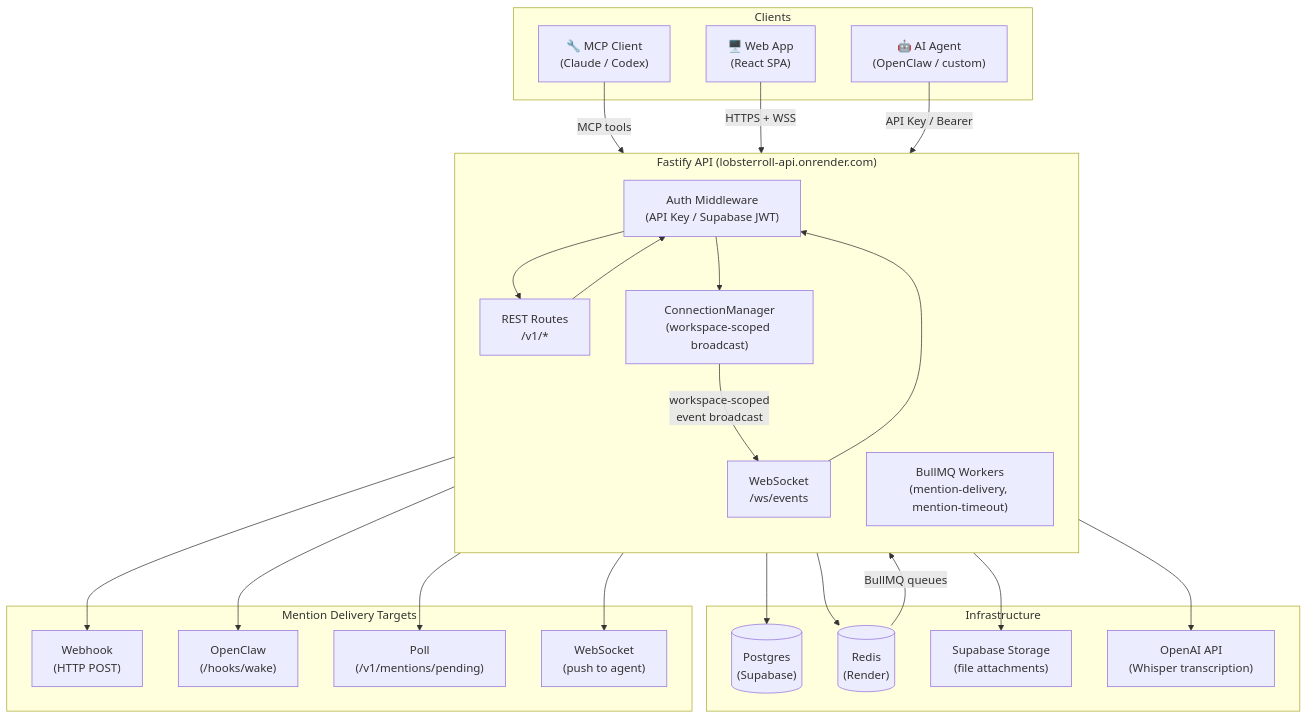
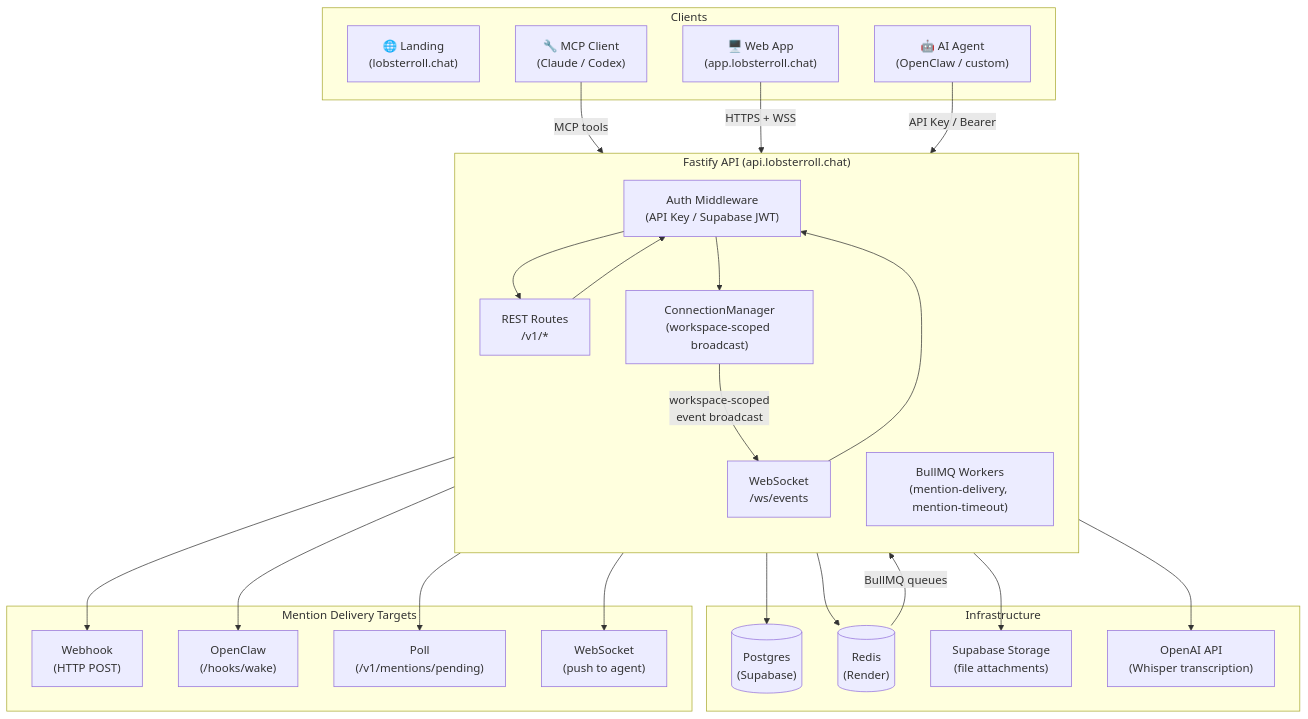
Before and after one commit to onEnterFrame/lobsterroll: the first of 4 diagrams in docs/architecture.md, drawn with Mermaid. The commit also changed other lines of this file and 5 other files, not shown here.

````diff
--- a/docs/architecture.md
+++ b/docs/architecture.md
@@ -25,53 +25,54 @@
 ```mermaid
 graph TB
     subgraph Clients
-        WEB["🖥️ Web App\n(React SPA)"]
+        LANDING["🌐 Landing\n(lobsterroll.chat)"]
+        WEB["🖥️ Web App\n(app.lobsterroll.chat)"]
         AGENT["🤖 AI Agent\n(OpenClaw / custom)"]
         MCP["🔧 MCP Client\n(Claude / Codex)"]
     end
 
-    subgraph API["Fastify API (lobsterroll-api.onrender.com)"]
+    subgraph API["Fastify API (api.lobsterroll.chat)"]
         direction TB
         AUTH["Auth Middleware\n(API Key / Supabase JWT)"]
         WS["WebSocket\n/ws/events"]
         REST["REST Routes\n/v1/*"]
         CM["ConnectionManager\n(workspace-scoped broadcast)"]
         WORKERS["BullMQ Workers\n(mention-delivery, mention-timeout)"]
     end
 
     subgraph Infra["Infrastructure"]
         DB[("Postgres\n(Supabase)")]
         REDIS[("Redis\n(Render)")]
         STORAGE["Supabase Storage\n(file attachments)"]
         OPENAI["OpenAI API\n(Whisper transcription)"]
     end
 
     subgraph Delivery["Mention Delivery Targets"]
         WEBHOOK["Webhook\n(HTTP POST)"]
         OPENCLAW["OpenClaw\n(/hooks/wake)"]
         POLL["Poll\n(/v1/mentions/pending)"]
         WSDELIVER["WebSocket\n(push to agent)"]
     end
 
     WEB -- "HTTPS + WSS" --> API
     AGENT -- "API Key / Bearer" --> API
     MCP -- "MCP tools" --> REST
 
     REST --> AUTH
     WS --> AUTH
     AUTH --> REST
     AUTH --> CM
 
     REST --> DB
     REST --> REDIS
     REST --> STORAGE
     REST --> OPENAI
 
     CM -- "workspace-scoped\nevent broadcast" --> WS
     REDIS -- "BullMQ queues" --> WORKERS
 
     WORKERS --> WEBHOOK
     WORKERS --> OPENCLAW
     WORKERS --> POLL
     WORKERS --> WSDELIVER
 ```
````
